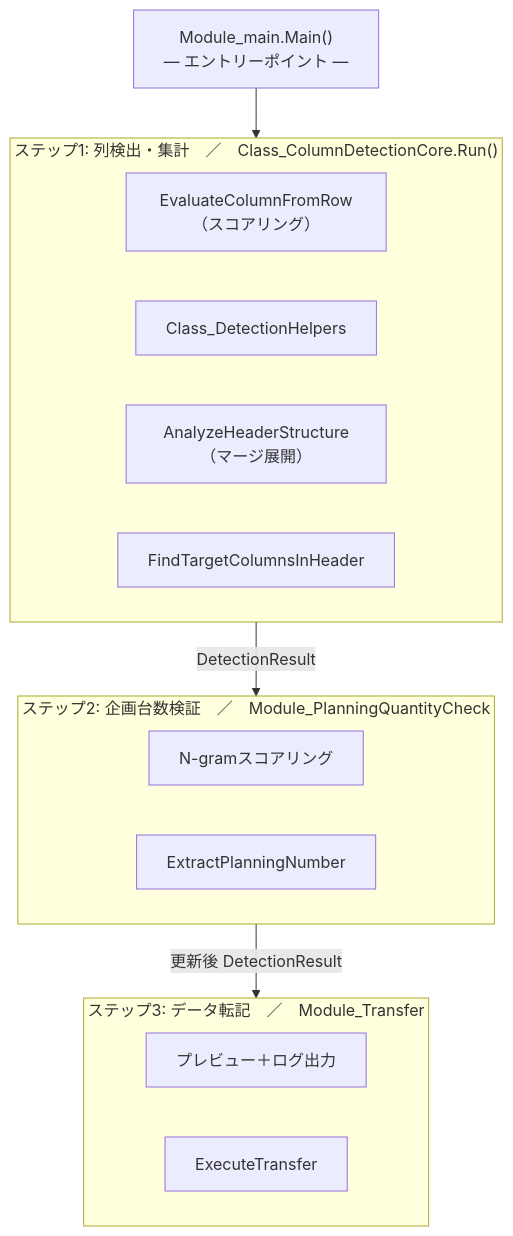
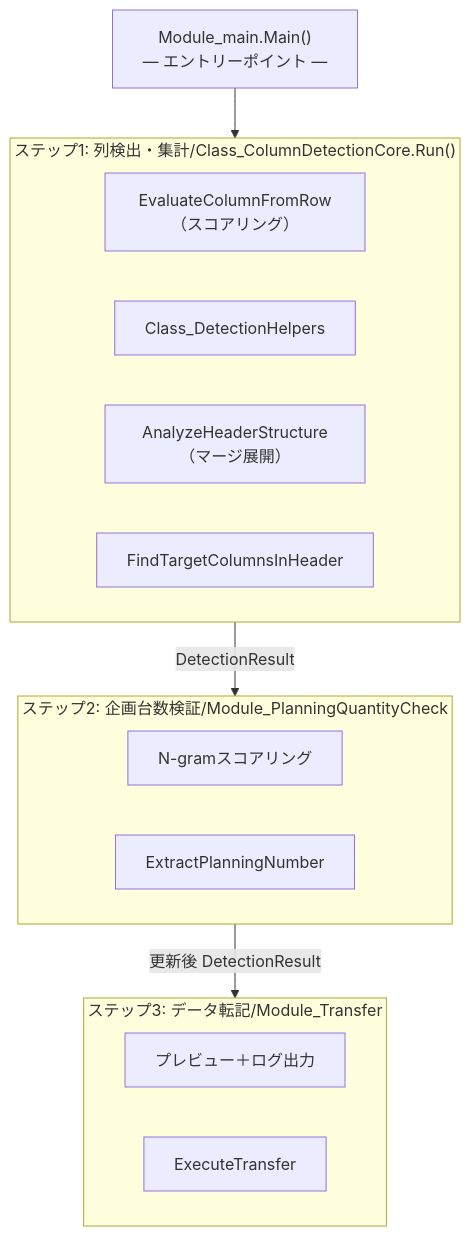
The diagram in 01_normalizer.md (aki0178/business-system-design-portfolio), drawn with Mermaid before and after one commit.

````diff
--- a/01_normalizer.md
+++ b/01_normalizer.md
@@ -48,25 +48,25 @@
 ```mermaid
 flowchart TB
     Main["Module_main.Main()<br/>― エントリーポイント ―"]
 
-    subgraph Step1["ステップ1: 列検出・集計　／　Class_ColumnDetectionCore.Run()"]
+    subgraph Step1["ステップ1: 列検出・集計/Class_ColumnDetectionCore.Run()"]
         Eval["EvaluateColumnFromRow（スコアリング）"]
         Helpers["Class_DetectionHelpers"]
         Header["AnalyzeHeaderStructure（マージ展開）"]
         Find["FindTargetColumnsInHeader"]
     end
 
-    subgraph Step2["ステップ2: 企画台数検証　／　Module_PlanningQuantityCheck"]
+    subgraph Step2["ステップ2: 企画台数検証/Module_PlanningQuantityCheck"]
         NGram["N-gramスコアリング"]
         Extract["ExtractPlanningNumber"]
     end
 
-    subgraph Step3["ステップ3: データ転記　／　Module_Transfer"]
+    subgraph Step3["ステップ3: データ転記/Module_Transfer"]
         Preview["プレビュー＋ログ出力"]
         Exec["ExecuteTransfer"]
     end
 
     Main --> Step1
     Step1 -- "DetectionResult" --> Step2
     Step2 -- "更新後 DetectionResult" --> Step3
 ```
````
